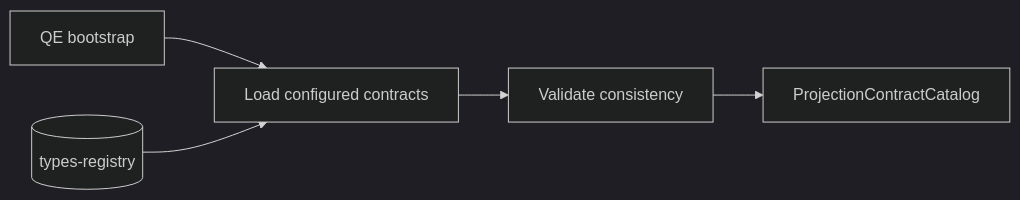
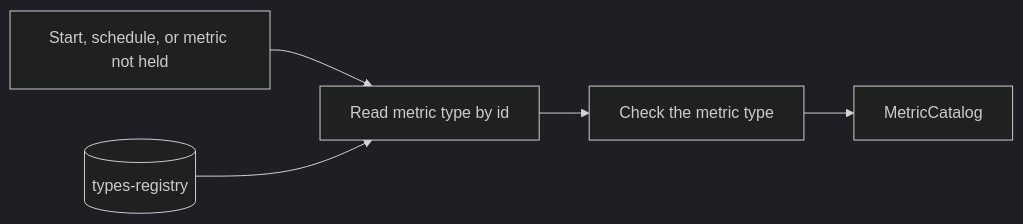
Before and after one commit to constructorfabric/gears-rust: the third of 5 diagrams in gears/system/quota-enforcement/docs/GTS_PROJECTION_CONTRACT_FLOW.md, drawn with Mermaid (dark theme). The commit also changed other lines of this file and 48 other files, not shown here.

````diff
--- a/gears/system/quota-enforcement/docs/GTS_PROJECTION_CONTRACT_FLOW.md
+++ b/gears/system/quota-enforcement/docs/GTS_PROJECTION_CONTRACT_FLOW.md
@@ -35,7 +57,7 @@
 ```mermaid
 flowchart LR
-    boot["QE bootstrap"] --> load["Load configured contracts"]
+    trigger["Start, schedule, or metric not held"] --> load["Read metric type by id"]
     registry[("types-registry")] --> load
-    load --> validate["Validate consistency"]
-    validate --> catalog["ProjectionContractCatalog"]
+    load --> validate["Check the metric type"]
+    validate --> catalog["MetricCatalog"]
 ```
````
